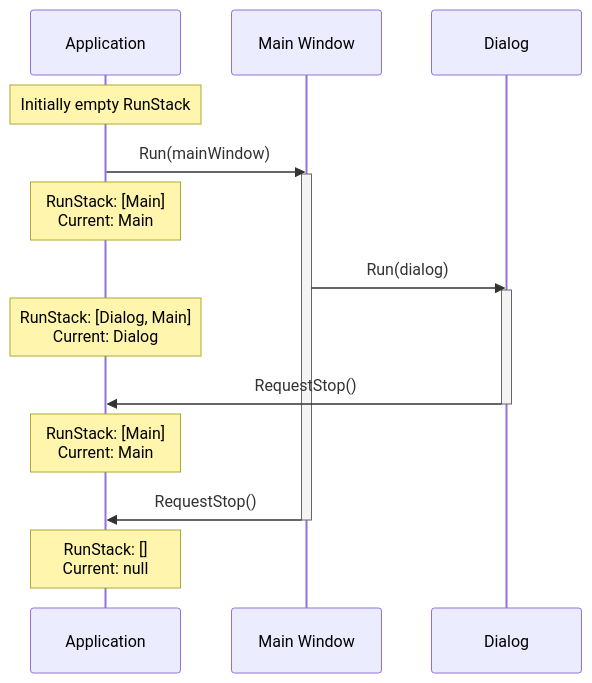
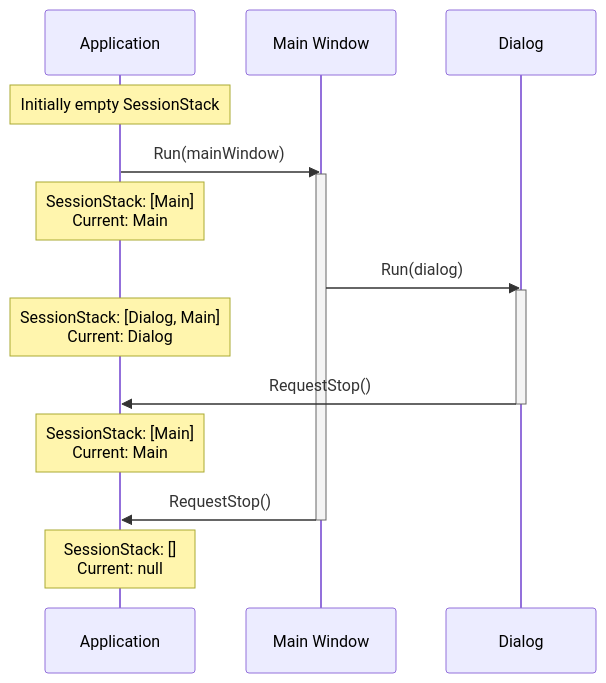
The seventh of 11 diagrams in docfx/docs/terminology-diagrams.md (gui-cs/Terminal.Gui), drawn with Mermaid before and after one commit. The commit also changed other lines of this file and 4 other files, not shown here.

Commit message:
Update proposal: RunStack → SessionStack to align with SessionToken terminology

````diff
--- a/docfx/docs/terminology-diagrams.md
+++ b/docfx/docs/terminology-diagrams.md
@@ -160,24 +160,24 @@
 ```mermaid
 sequenceDiagram
     participant App as Application
     participant Main as Main Window
     participant Dialog as Dialog
     
-    Note over App: Initially empty RunStack
+    Note over App: Initially empty SessionStack
     
     App->>Main: Run(mainWindow)
     activate Main
-    Note over App: RunStack: [Main]<br/>Current: Main
+    Note over App: SessionStack: [Main]<br/>Current: Main
     
     Main->>Dialog: Run(dialog)
     activate Dialog
-    Note over App: RunStack: [Dialog, Main]<br/>Current: Dialog
+    Note over App: SessionStack: [Dialog, Main]<br/>Current: Dialog
     
     Dialog->>App: RequestStop()
     deactivate Dialog
-    Note over App: RunStack: [Main]<br/>Current: Main
+    Note over App: SessionStack: [Main]<br/>Current: Main
     
     Main->>App: RequestStop()
     deactivate Main
-    Note over App: RunStack: []<br/>Current: null
+    Note over App: SessionStack: []<br/>Current: null
 ```
````
